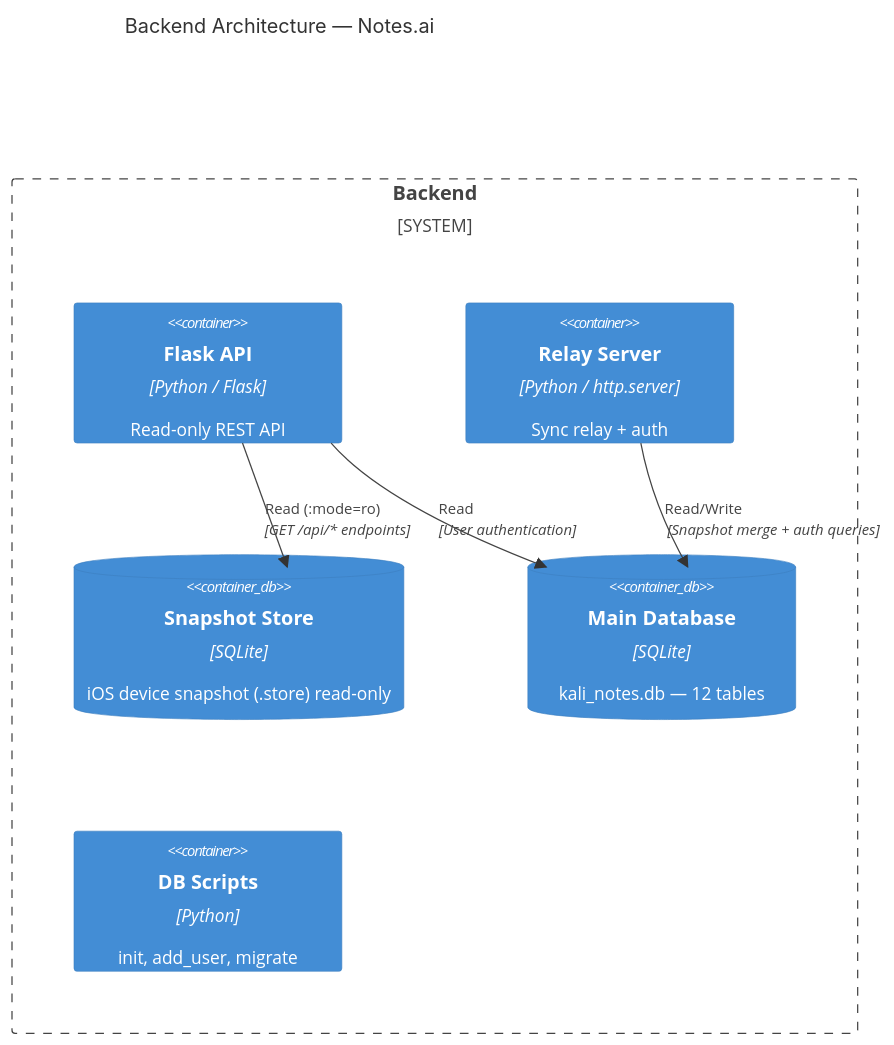
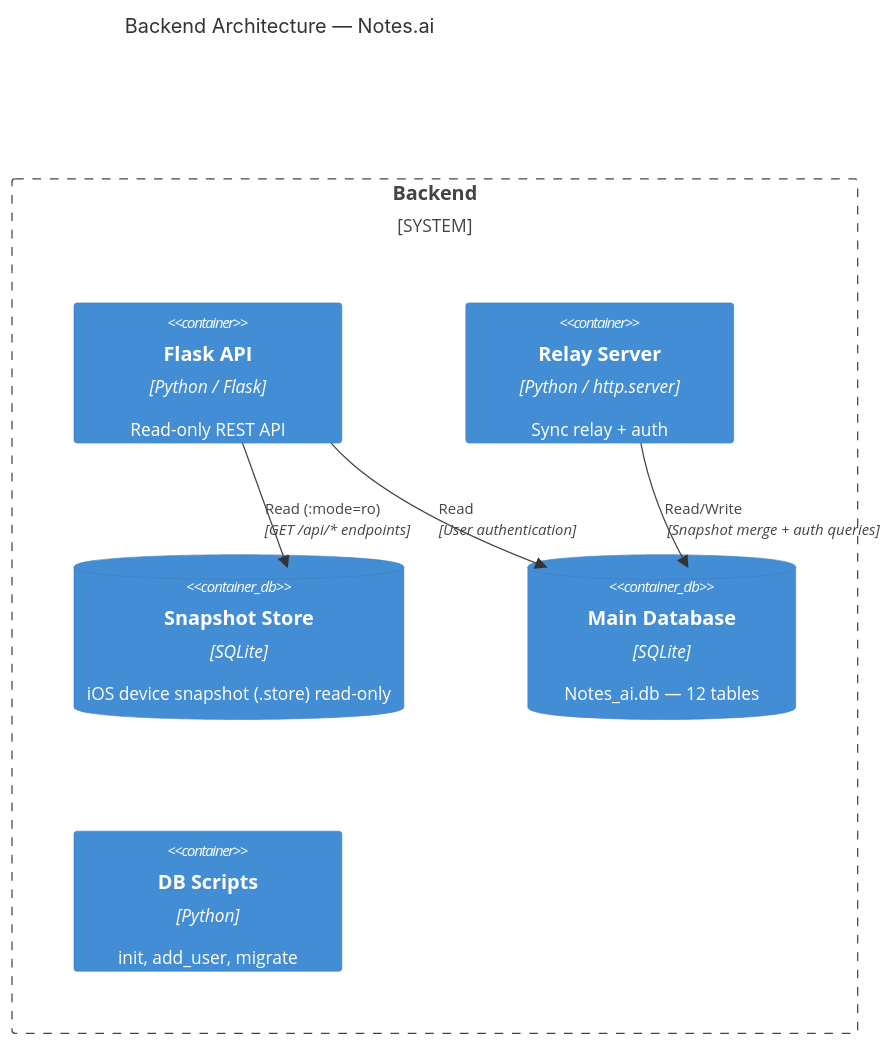
One commit to Kenan999/Notes.ai changed the first of 2 diagrams in README.md. Above: the diagram before and after it, drawn with Mermaid. The commit also changed other lines of this file and 5 other files, not shown here.

Commit message:
Rename kali_notes.db → Notes_ai.db across all files

````diff
--- a/README.md
+++ b/README.md
@@ -29,18 +29,18 @@
 ```mermaid
 C4Container
   title Backend Architecture — Notes.ai
 
   System_Boundary(backend, "Backend") {
     Container(flask, "Flask API", "Python / Flask", "Read-only REST API")
     Container(relay, "Relay Server", "Python / http.server", "Sync relay + auth")
     ContainerDb(snapshot, "Snapshot Store", "SQLite", "iOS device snapshot (.store) read-only")
-    ContainerDb(main_db, "Main Database", "SQLite", "kali_notes.db — 12 tables")
+    ContainerDb(main_db, "Main Database", "SQLite", "Notes_ai.db — 12 tables")
     Container(scripts, "DB Scripts", "Python", "init, add_user, migrate")
   }
 
   Rel(flask, snapshot, "Read (:mode=ro)", "GET /api/* endpoints")
   Rel(relay, main_db, "Read/Write", "Snapshot merge + auth queries")
   Rel(flask, main_db, "Read", "User authentication")
 
   UpdateLayoutConfig($c4ShapeInRow="3", $c4BoundaryInRow="1")
 ```
````
